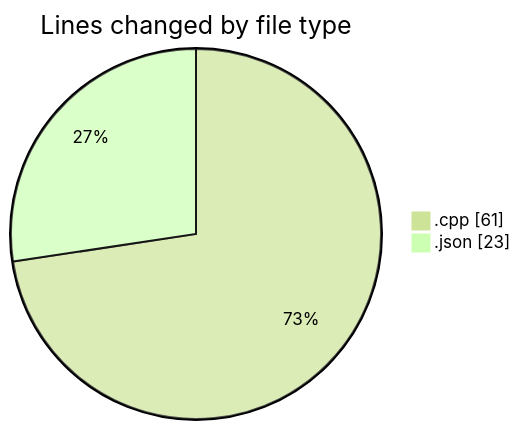
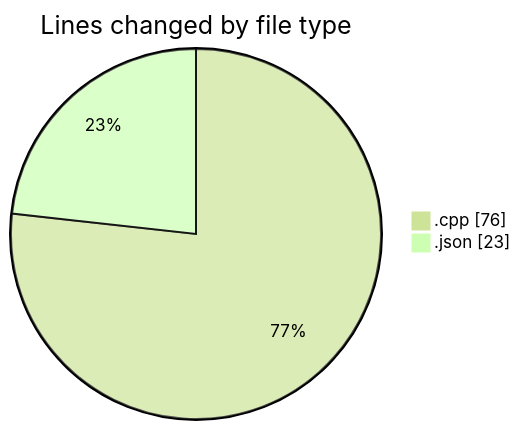
One commit to Netris89/code-tracking changed the first of 2 diagrams in 2025-03-30/echo/README.md. Above: the diagram before and after it, drawn with Mermaid (forest theme). The commit also changed other lines of this file and 1 other file, not shown here.

````diff
--- a/2025-03-30/echo/README.md
+++ b/2025-03-30/echo/README.md
@@ -21,6 +21,6 @@
 ```mermaid
 pie showData
 title Lines changed by file type
-".cpp" : 61
+".cpp" : 76
 ".json" : 23
 ```
````
